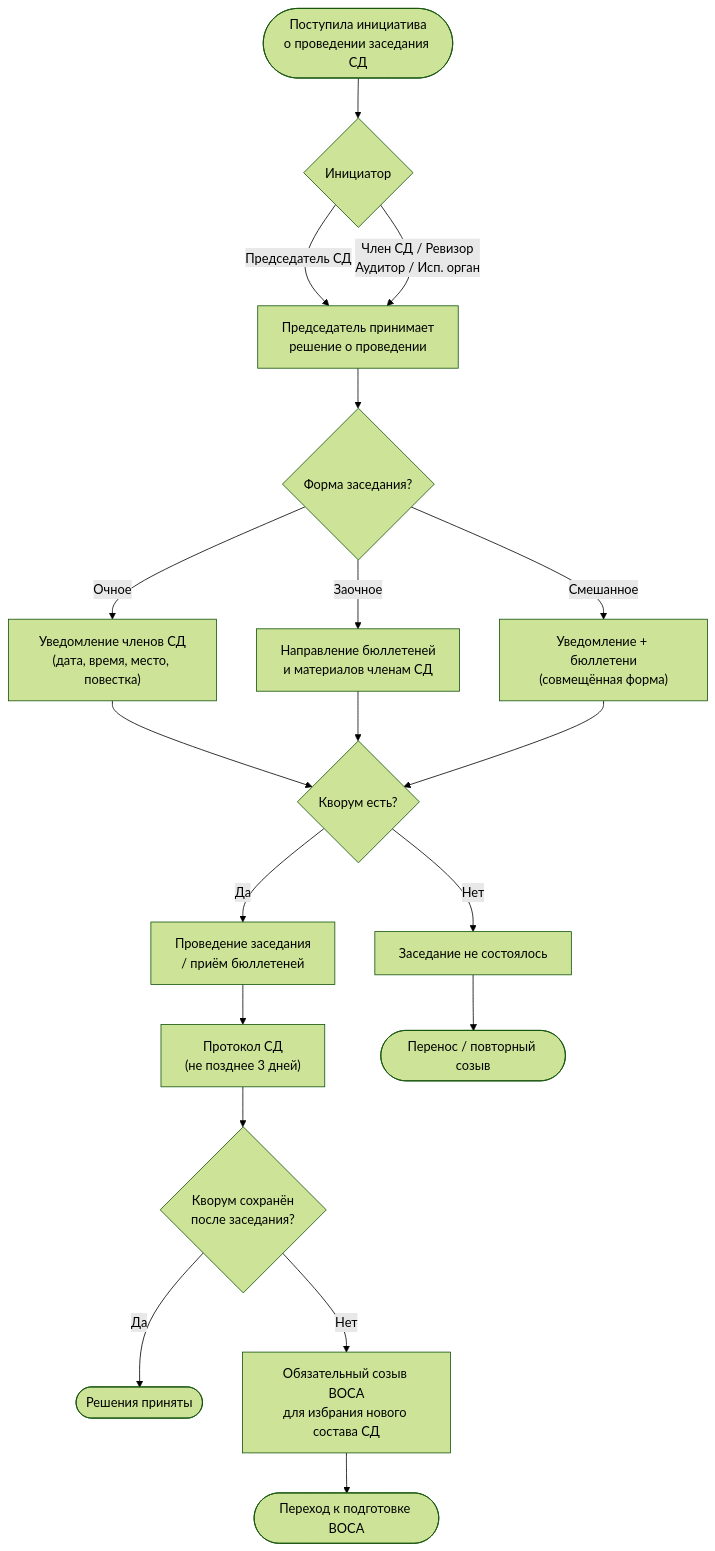
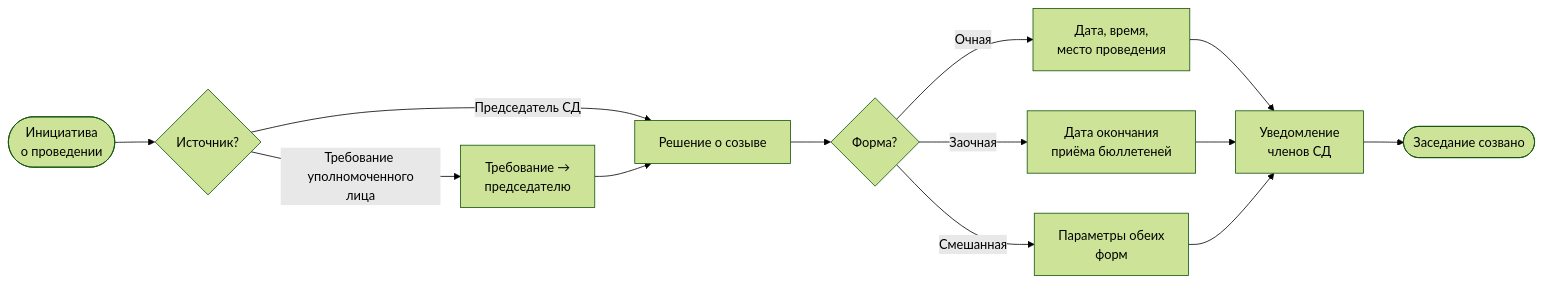
One commit to arsenyuk/SamorodinkaTech.Fiducia changed the diagram in docs/business-processes/bod-convene.md. Above: the diagram before and after it, drawn with Mermaid (forest theme). The commit also changed other lines of this file, not shown here.

First line of the commit message:
docs(bod-convene): переписать статью о созыве СД

````diff
--- a/docs/business-processes/bod-convene.md
+++ b/docs/business-processes/bod-convene.md
@@ -65,29 +56,20 @@
 ```mermaid
-flowchart TD
-    Start([Поступила инициатива<br>о проведении заседания СД]) --> A{Инициатор}
+flowchart LR
+    Start([Инициатива<br>о проведении]) --> A{Источник?}
 
-    A -->|Председатель СД| B
-    A -->|Член СД / Ревизор<br>Аудитор / Исп. орган| B
+    A -->|Председатель СД| B[Решение о созыве]
+    A -->|Требование уполномоченного<br>лица| A2[Требование →<br>председателю]
+    A2 --> B
 
-    B[Председатель принимает<br>решение о проведении] --> C{Форма заседания?}
+    B --> C{Форма?}
 
-    C -->|Очное| D["Уведомление членов СД<br>(дата, время, место, повестка)"]
-    C -->|Заочное| E["Направление бюллетеней<br>и материалов членам СД"]
-    C -->|Смешанное| F["Уведомление + бюллетени<br>(совмещённая форма)"]
+    C -->|Очная| D1["Дата, время,<br>место проведения"]
+    C -->|Заочная| D2["Дата окончания<br>приёма бюллетеней"]
+    C -->|Смешанная| D3["Параметры обеих<br>форм"]
 
-    D --> G{Кворум есть?}
-    E --> G
-    F --> G
+    D1 --> E[Уведомление<br>членов СД]
+    D2 --> E
+    D3 --> E
 
-    G -->|Да| H[Проведение заседания<br>/ приём бюллетеней]
-    G -->|Нет| I[Заседание не состоялось]
-
-    H --> J["Протокол СД<br>(не позднее 3 дней)"]
-    J --> K{Кворум сохранён<br>после заседания?}
-
-    K -->|Да| Stop([Решения приняты])
-    K -->|Нет| L["Обязательный созыв ВОСА<br>для избрания нового состава СД"]
-    L --> Stop2([Переход к подготовке ВОСА])
-
-    I --> Stop3([Перенос / повторный созыв])
+    E --> Stop([Заседание созвано])
 ```
````
